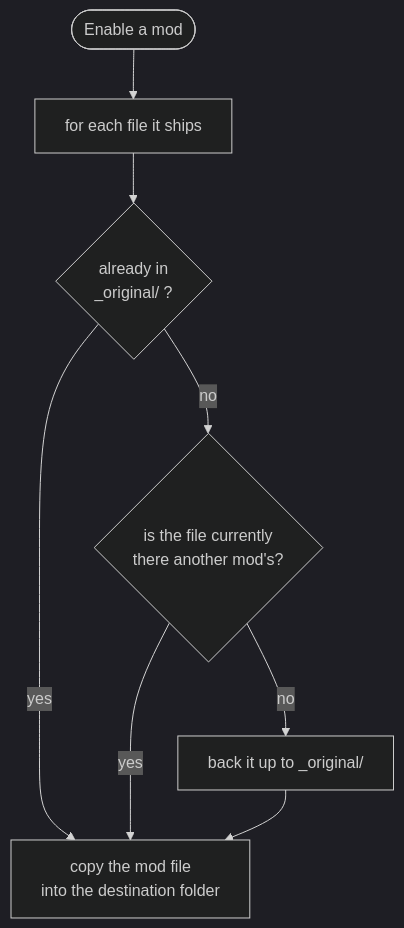
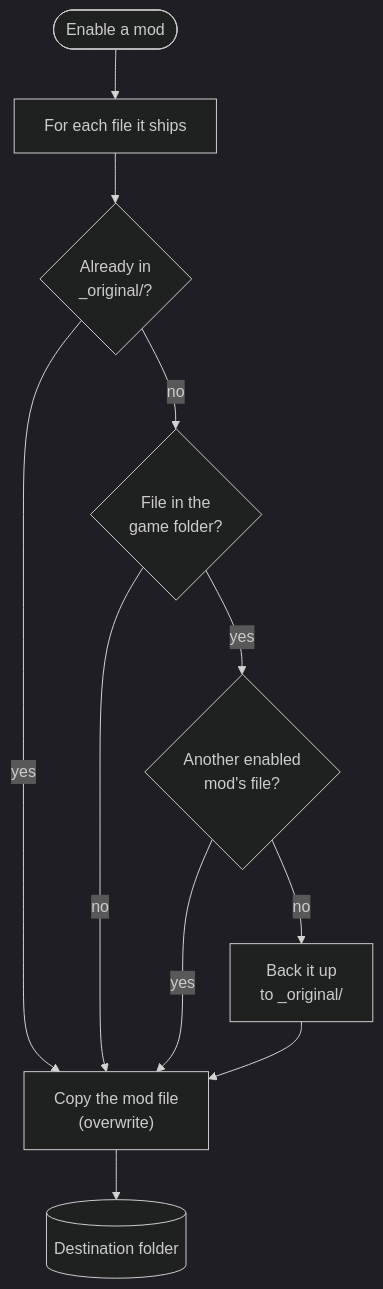
One commit to FreeProject089/BetterModsManager changed the third of 4 diagrams in frontend/assets/docs/en/how-it-works/conflicts.md. Above: the diagram before and after it, drawn with Mermaid (dark theme). The commit also changed other lines of this file and 176 other files, not shown here.

````diff
--- a/frontend/assets/docs/en/how-it-works/conflicts.md
+++ b/frontend/assets/docs/en/how-it-works/conflicts.md
@@ -86,9 +92,13 @@
 ```mermaid
-flowchart TB
-    APPLY([Enable a mod]) --> EACH["for each file it ships"]
-    EACH --> HAVE{"already in<br/>_original/ ?"}
-    HAVE -- yes --> COPY
-    HAVE -- no --> WHOSE{"is the file currently<br/>there another mod's?"}
-    WHOSE -- yes --> COPY["copy the mod file<br/>into the destination folder"]
-    WHOSE -- no --> BK["back it up to _original/"] --> COPY
+flowchart TD
+    APPLY(["Enable a mod"]) --> EACH["For each file it ships"]
+    EACH --> HAVE{"Already in<br/>_original/?"}
+    HAVE -- "no" --> THERE{"File in the<br/>game folder?"}
+    THERE -- "yes" --> WHOSE{"Another enabled<br/>mod's file?"}
+    WHOSE -- "no" --> BK["Back it up<br/>to _original/"]
+    HAVE -- "yes" --> COPY["Copy the mod file<br/>(overwrite)"]
+    THERE -- "no" --> COPY
+    WHOSE -- "yes" --> COPY
+    BK --> COPY
+    COPY --> GAME[("Destination folder")]
 ```
````
